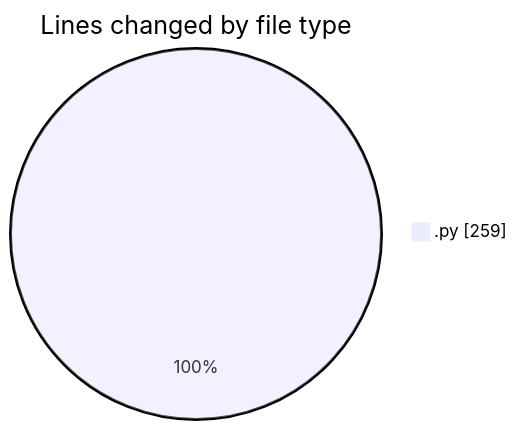
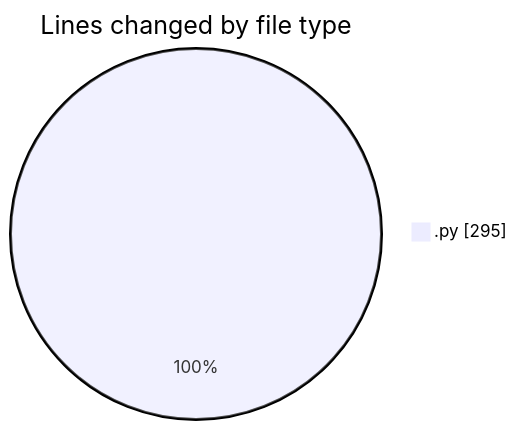
One commit to momahboobian/code-tracking changed the first of 2 diagrams in 2025-02-13/samplepdf/README.md. Above: the diagram before and after it, drawn with Mermaid. The commit also changed other lines of this file and 1 other file, not shown here.

````diff
--- a/2025-02-13/samplepdf/README.md
+++ b/2025-02-13/samplepdf/README.md
@@ -24,5 +25,5 @@
 ```mermaid
 pie showData
 title Lines changed by file type
-".py" : 259
+".py" : 295
 ```
````
